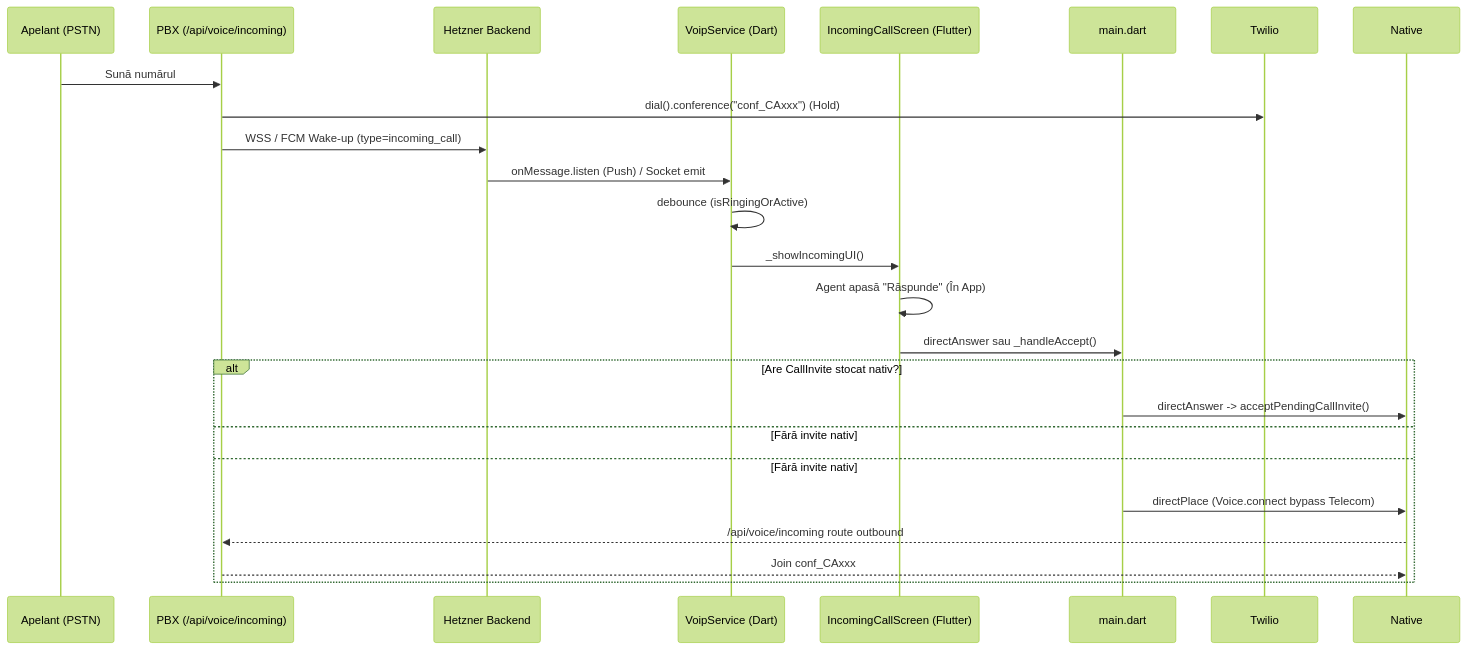
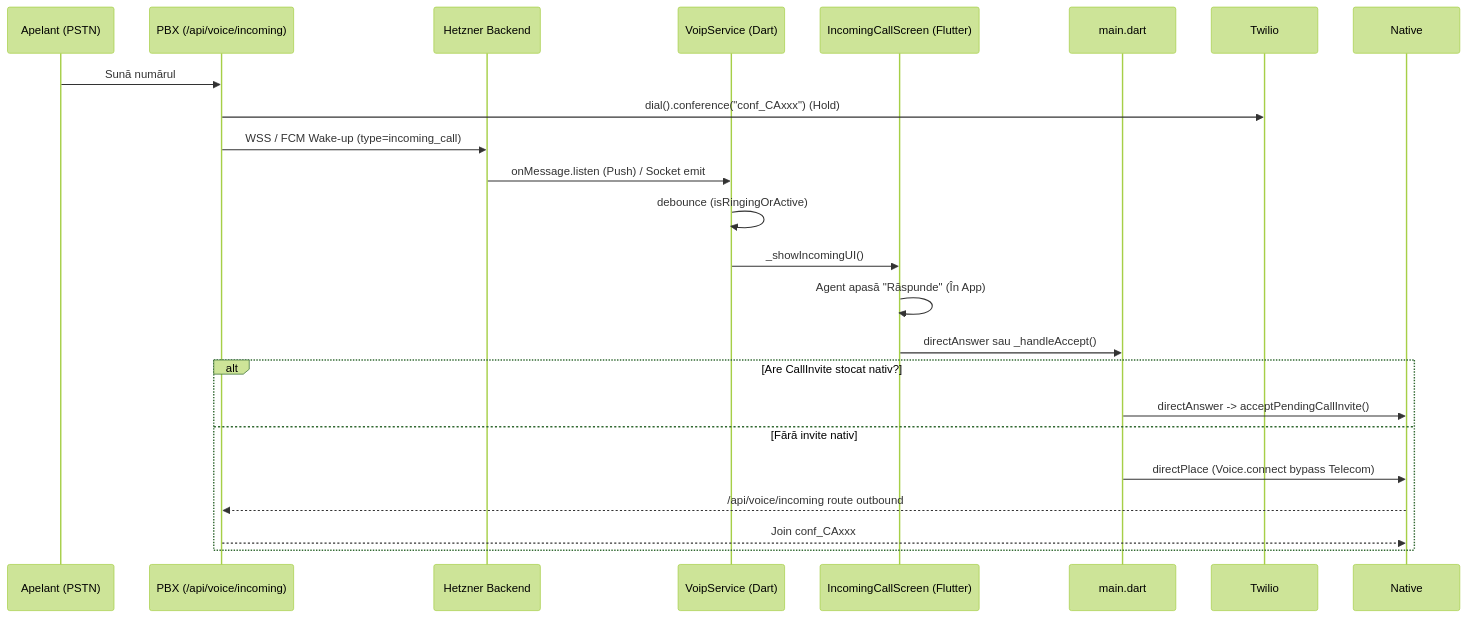
The second of 2 diagrams in docs/voip/flow_firebase_vs_supabase.md (SuperPartyByAI/SuperpartyByaAiAplicatie), drawn with Mermaid (forest theme) before and after one commit. The commit also changed 4 other files, not shown here.

Commit message:
fix(voip): evaluate Kotlin logging strings, inject directHangup hooks to mirror Flutter drop events, and patch duplicate diagram nodes

````diff
--- a/docs/voip/flow_firebase_vs_supabase.md
+++ b/docs/voip/flow_firebase_vs_supabase.md
@@ -52,26 +52,25 @@
 ```mermaid
 sequenceDiagram
     participant PSTN as Apelant (PSTN)
     participant PBX as PBX (/api/voice/incoming)
     participant Backend as Hetzner Backend
     participant Flutter as VoipService (Dart)
     participant UI as IncomingCallScreen (Flutter)
     participant Main as main.dart
 
     PSTN->>PBX: Sună numărul
     PBX->>Twilio: dial().conference("conf_CAxxx") (Hold)
     PBX->>Backend: WSS / FCM Wake-up (type=incoming_call)
     Backend->>Flutter: onMessage.listen (Push) / Socket emit
     Flutter->>Flutter: debounce (isRingingOrActive)
     Flutter->>UI: _showIncomingUI()
     UI->>UI: Agent apasă "Răspunde" (În App)
     UI->>Main: directAnswer sau _handleAccept()
     alt Are CallInvite stocat nativ?
         Main->>Native: directAnswer -> acceptPendingCallInvite()
     else Fără invite nativ
-    else Fără invite nativ
         Main->>Native: directPlace (Voice.connect bypass Telecom)
         Native-->>PBX: /api/voice/incoming route outbound
         PBX-->>Native: Join conf_CAxxx
     end
 ```
````
